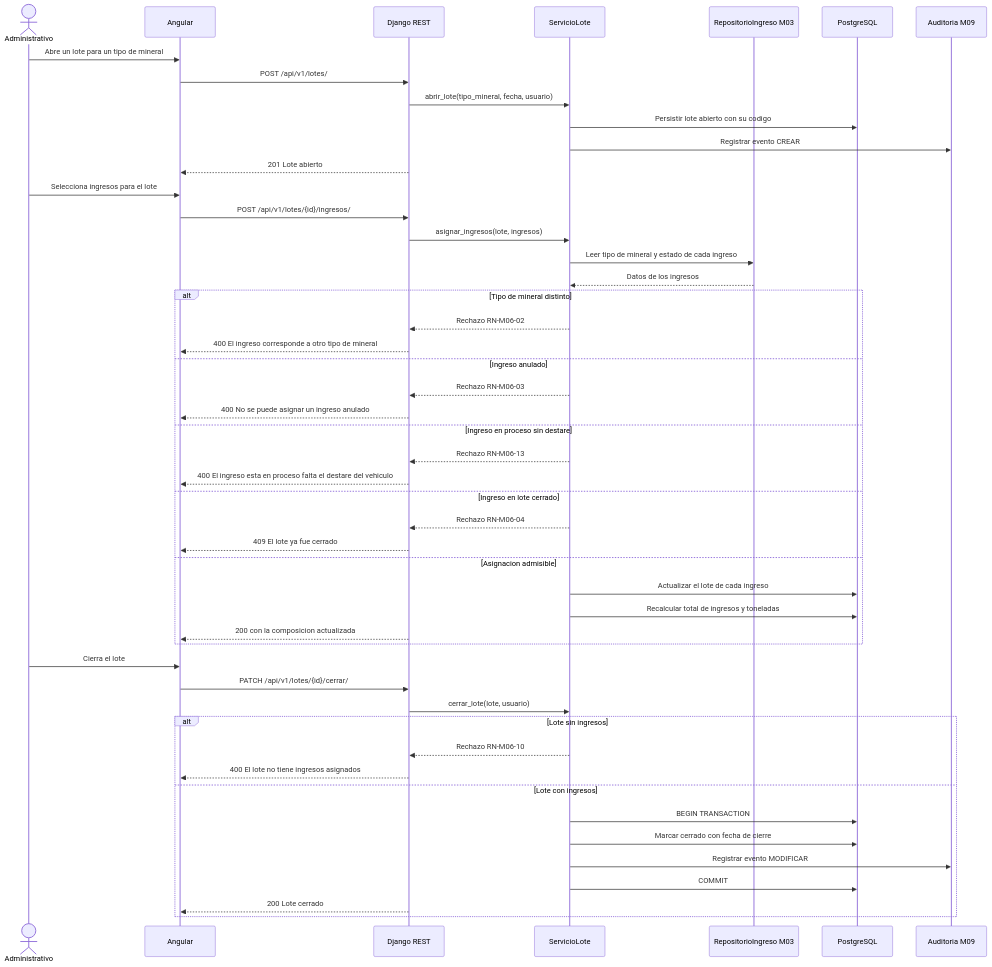
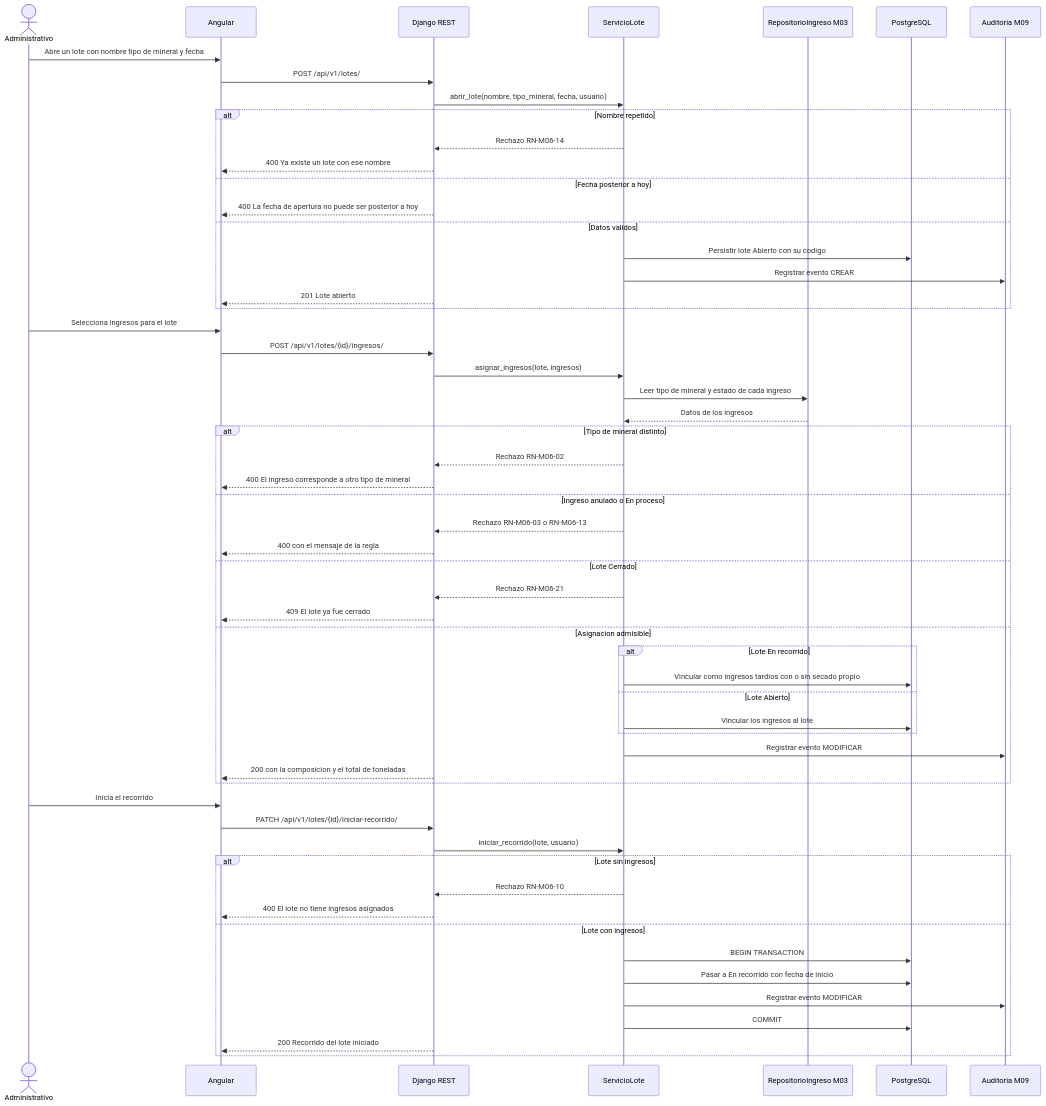
Before and after one commit to adlerOmonte1/LogisticaMinera: the first of 5 diagrams in docs/modulos/M06-trazabilidad/diagramas/secuencia.md, drawn with Mermaid. The commit also changed other lines of this file and 9 other files, not shown here.

````diff
--- a/docs/modulos/M06-trazabilidad/diagramas/secuencia.md
+++ b/docs/modulos/M06-trazabilidad/diagramas/secuencia.md
@@ -5,56 +5,65 @@
 ```mermaid
 sequenceDiagram
     actor A as Administrativo
     participant NG as Angular
     participant API as Django REST
     participant SRV as ServicioLote
     participant ING as RepositorioIngreso M03
     participant DB as PostgreSQL
     participant AUD as Auditoria M09
 
-    A->>NG: Abre un lote para un tipo de mineral
+    A->>NG: Abre un lote con nombre tipo de mineral y fecha
     NG->>API: POST /api/v1/lotes/
-    API->>SRV: abrir_lote(tipo_mineral, fecha, usuario)
-    SRV->>DB: Persistir lote abierto con su codigo
-    SRV->>AUD: Registrar evento CREAR
-    API-->>NG: 201 Lote abierto
+    API->>SRV: abrir_lote(nombre, tipo_mineral, fecha, usuario)
+
+    alt Nombre repetido
+        SRV-->>API: Rechazo RN-M06-14
+        API-->>NG: 400 Ya existe un lote con ese nombre
+    else Fecha posterior a hoy
+        API-->>NG: 400 La fecha de apertura no puede ser posterior a hoy
+    else Datos validos
+        SRV->>DB: Persistir lote Abierto con su codigo
+        SRV->>AUD: Registrar evento CREAR
+        API-->>NG: 201 Lote abierto
+    end
 
     A->>NG: Selecciona ingresos para el lote
     NG->>API: POST /api/v1/lotes/{id}/ingresos/
     API->>SRV: asignar_ingresos(lote, ingresos)
     SRV->>ING: Leer tipo de mineral y estado de cada ingreso
     ING-->>SRV: Datos de los ingresos
 
     alt Tipo de mineral distinto
         SRV-->>API: Rechazo RN-M06-02
         API-->>NG: 400 El ingreso corresponde a otro tipo de mineral
-    else Ingreso anulado
-        SRV-->>API: Rechazo RN-M06-03
-        API-->>NG: 400 No se puede asignar un ingreso anulado
-    else Ingreso en proceso sin destare
-        SRV-->>API: Rechazo RN-M06-13
-        API-->>NG: 400 El ingreso esta en proceso falta el destare del vehiculo
-    else Ingreso en lote cerrado
-        SRV-->>API: Rechazo RN-M06-04
+    else Ingreso anulado o En proceso
+        SRV-->>API: Rechazo RN-M06-03 o RN-M06-13
+        API-->>NG: 400 con el mensaje de la regla
+    else Lote Cerrado
+        SRV-->>API: Rechazo RN-M06-21
         API-->>NG: 409 El lote ya fue cerrado
     else Asignacion admisible
-        SRV->>DB: Actualizar el lote de cada ingreso
-        SRV->>DB: Recalcular total de ingresos y toneladas
-        API-->>NG: 200 con la composicion actualizada
+        alt Lote En recorrido
+            SRV->>DB: Vincular como ingresos tardios con o sin secado propio
+        else Lote Abierto
+            SRV->>DB: Vincular los ingresos al lote
+        end
+        SRV->>AUD: Registrar evento MODIFICAR
+        API-->>NG: 200 con la composicion y el total de toneladas
     end
 
-    A->>NG: Cierra el lote
-    NG->>API: PATCH /api/v1/lotes/{id}/cerrar/
-    API->>SRV: cerrar_lote(lote, usuario)
+    A->>NG: Inicia el recorrido
+    NG->>API: PATCH /api/v1/lotes/{id}/iniciar-recorrido/
+    API->>SRV: iniciar_recorrido(lote, usuario)
 
     alt Lote sin ingresos
         SRV-->>API: Rechazo RN-M06-10
         API-->>NG: 400 El lote no tiene ingresos asignados
     else Lote con ingresos
         SRV->>DB: BEGIN TRANSACTION
-        SRV->>DB: Marcar cerrado con fecha de cierre
+        SRV->>DB: Pasar a En recorrido con fecha de inicio
         SRV->>AUD: Registrar evento MODIFICAR
         SRV->>DB: COMMIT
-        API-->>NG: 200 Lote cerrado
+        API-->>NG: 200 Recorrido del lote iniciado
     end
 ```
````
